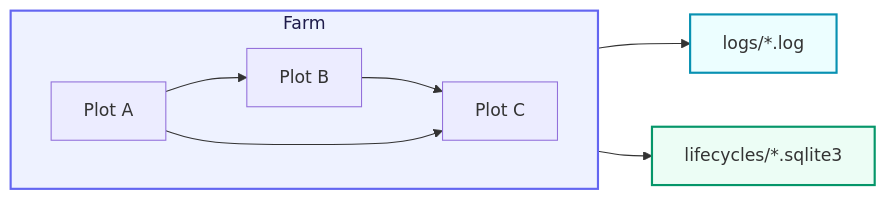
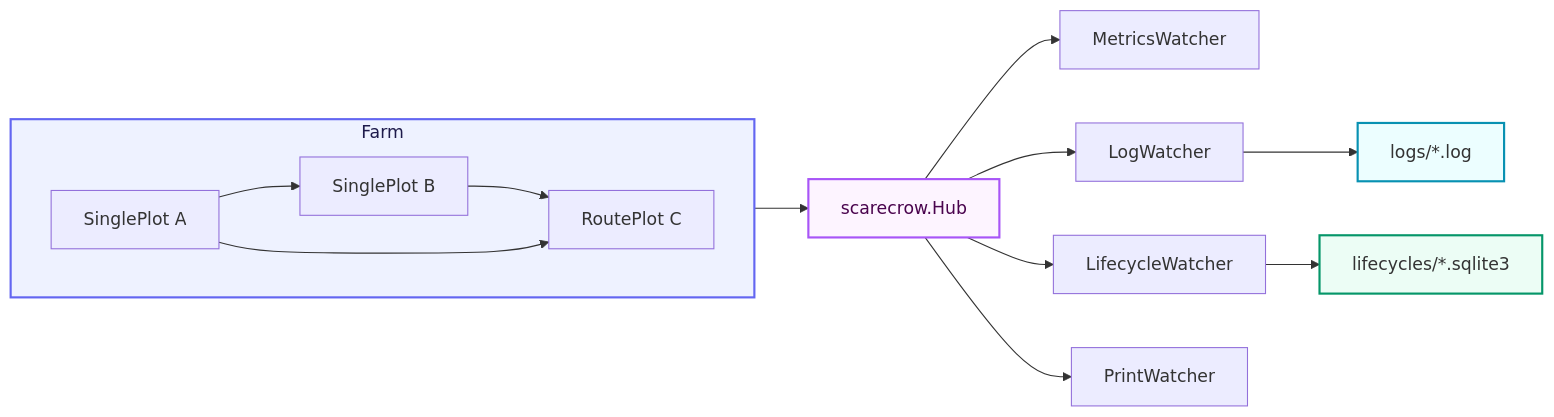
One commit to Mr-xiaotian/CelestialGrow changed the diagram in README.md. Above: the diagram before and after it, drawn with Mermaid. The commit also changed other lines of this file, not shown here.

````diff
--- a/README.md
+++ b/README.md
@@ -28,18 +31,25 @@
 ```mermaid
 flowchart LR
     subgraph F[Farm]
         direction LR
-        P1[Plot A]
-        P2[Plot B]
-        P3[Plot C]
+        P1[SinglePlot A]
+        P2[SinglePlot B]
+        P3[RoutePlot C]
         P1 --> P2 --> P3
         P1 --> P3
     end
 
-    F --> L[logs/*.log]
-    F --> S[lifecycles/*.sqlite3]
+    F --> H[scarecrow.Hub]
+    H --> M[MetricsWatcher]
+    H --> L[LogWatcher]
+    H --> S[LifecycleWatcher]
+    H --> P[PrintWatcher]
+
+    L --> LF[logs/*.log]
+    S --> DB[lifecycles/*.sqlite3]
 
     style F fill:#eef2ff,stroke:#6366f1,stroke-width:2px,color:#1e1b4b
-    style L fill:#ecfeff,stroke:#0891b2,stroke-width:2px
-    style S fill:#ecfdf5,stroke:#059669,stroke-width:2px
+    style H fill:#fdf4ff,stroke:#a855f7,stroke-width:2px,color:#4a044e
+    style LF fill:#ecfeff,stroke:#0891b2,stroke-width:2px
+    style DB fill:#ecfdf5,stroke:#059669,stroke-width:2px
 ```
````
